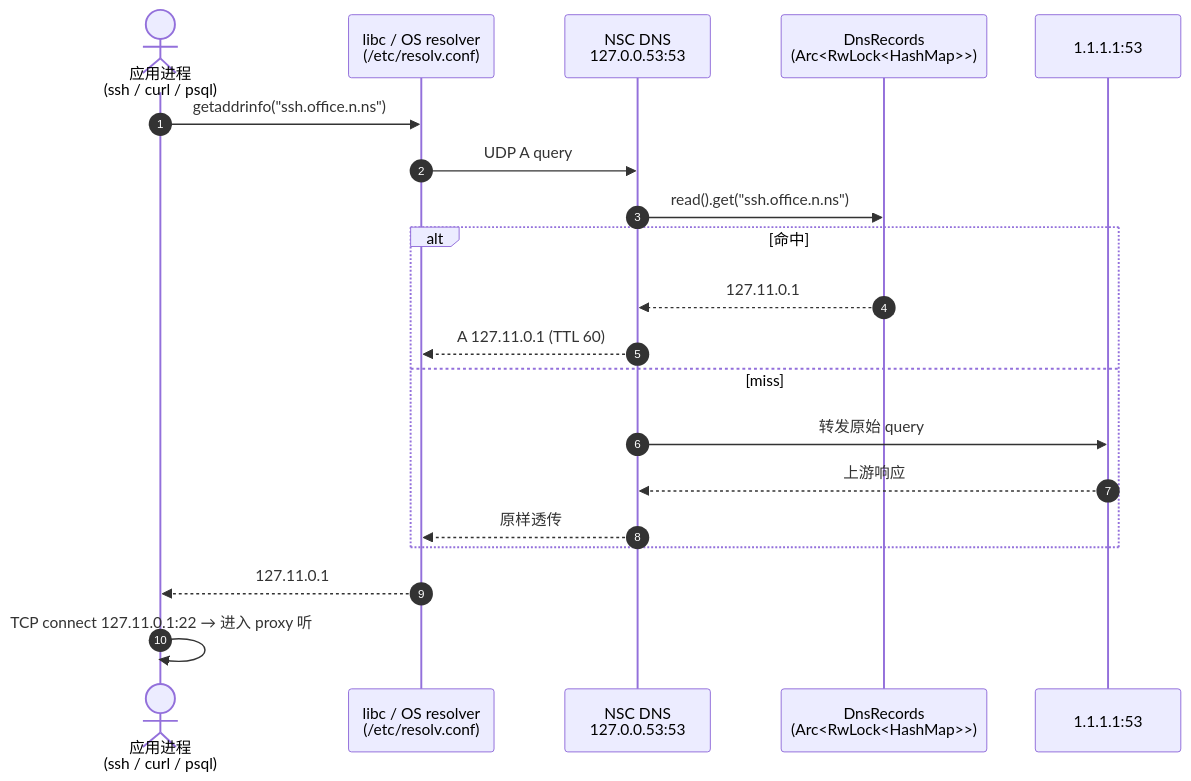
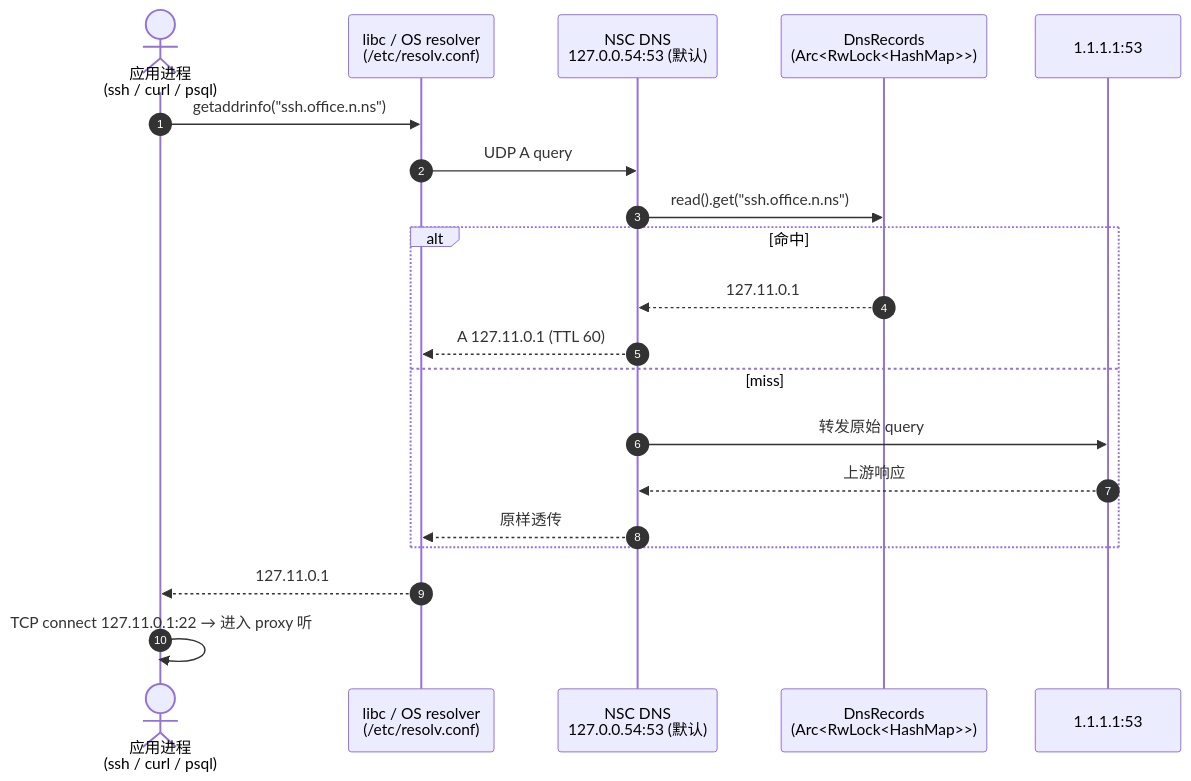
Before and after one commit to nsiod/docs: the diagram in docs/06-nsc-client/dns.md, drawn with Mermaid. The commit also changed other lines of this file and 8 other files, not shown here.

First line of the commit message:
docs(nsc): change default DNS listener to 127.0.0.54:53 to avoid systemd-resolved

````diff
--- a/docs/06-nsc-client/dns.md
+++ b/docs/06-nsc-client/dns.md
@@ -7,23 +7,23 @@
 ```mermaid
 sequenceDiagram
   autonumber
   actor User as 应用进程<br/>(ssh / curl / psql)
   participant LIBC as libc / OS resolver<br/>(/etc/resolv.conf)
-  participant NSC_DNS as NSC DNS<br/>127.0.0.53:53
+  participant NSC_DNS as NSC DNS<br/>127.0.0.54:53 (默认)
   participant STORE as DnsRecords<br/>(Arc<RwLock<HashMap>>)
   participant UPSTREAM as 1.1.1.1:53
 
   User->>LIBC: getaddrinfo("ssh.office.n.ns")
   LIBC->>NSC_DNS: UDP A query
   NSC_DNS->>STORE: read().get("ssh.office.n.ns")
   alt 命中
     STORE-->>NSC_DNS: 127.11.0.1
     NSC_DNS-->>LIBC: A 127.11.0.1 (TTL 60)
   else miss
     NSC_DNS->>UPSTREAM: 转发原始 query
     UPSTREAM-->>NSC_DNS: 上游响应
     NSC_DNS-->>LIBC: 原样透传
   end
   LIBC-->>User: 127.11.0.1
   User->>User: TCP connect 127.11.0.1:22 → 进入 proxy 听
 ```
````
